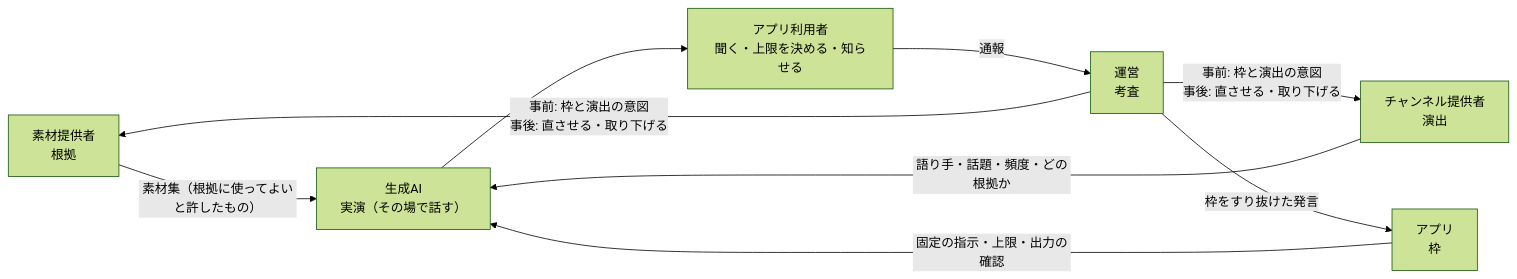
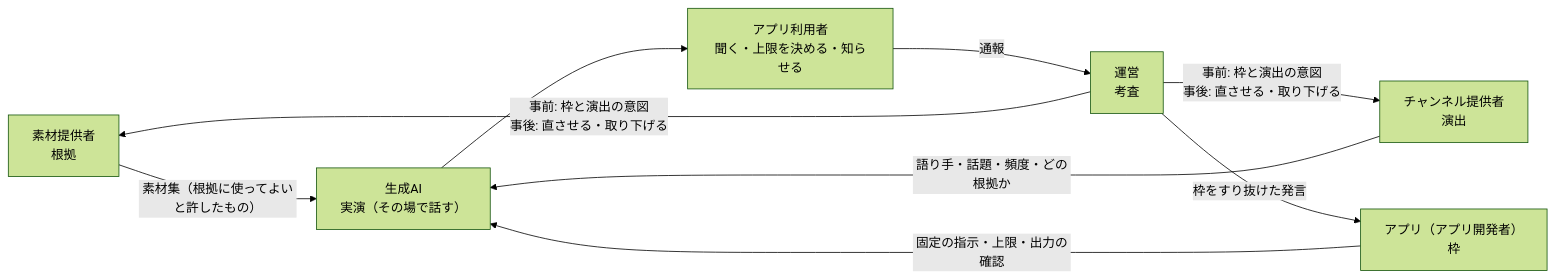
Before and after one commit to duwenji/yorisoi-platform: the diagram in docs/overview/ai-roles.md, drawn with Mermaid (forest theme). The commit also changed other lines of this file and 2 other files, not shown here.

````diff
--- a/docs/overview/ai-roles.md
+++ b/docs/overview/ai-roles.md
@@ -53,10 +53,10 @@
 ```mermaid
 flowchart LR
   MP["素材提供者<br/>根拠"] -- "素材集（根拠に使ってよいと許したもの）" --> AI
   CP["チャンネル提供者<br/>演出"] -- "語り手・話題・頻度・どの根拠か" --> AI
-  APP["アプリ<br/>枠"] -- "固定の指示・上限・出力の確認" --> AI
+  APP["アプリ（アプリ開発者）<br/>枠"] -- "固定の指示・上限・出力の確認" --> AI
   AI["生成AI<br/>実演（その場で話す）"] --> W["アプリ利用者<br/>聞く・上限を決める・知らせる"]
   W -- "通報" --> OPS
   OPS["運営<br/>考査"] -- "事前: 枠と演出の意図<br/>事後: 直させる・取り下げる" --> CP & MP
   OPS -- "枠をすり抜けた発言" --> APP
 ```
````
